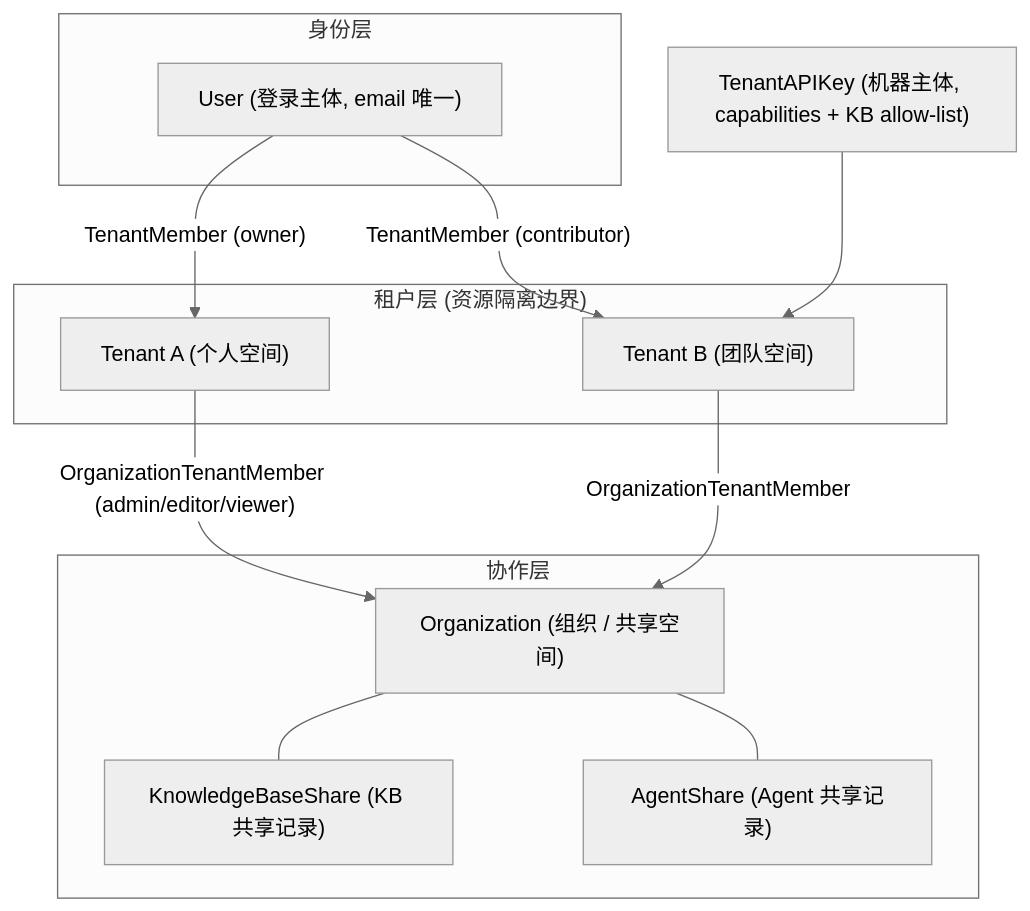
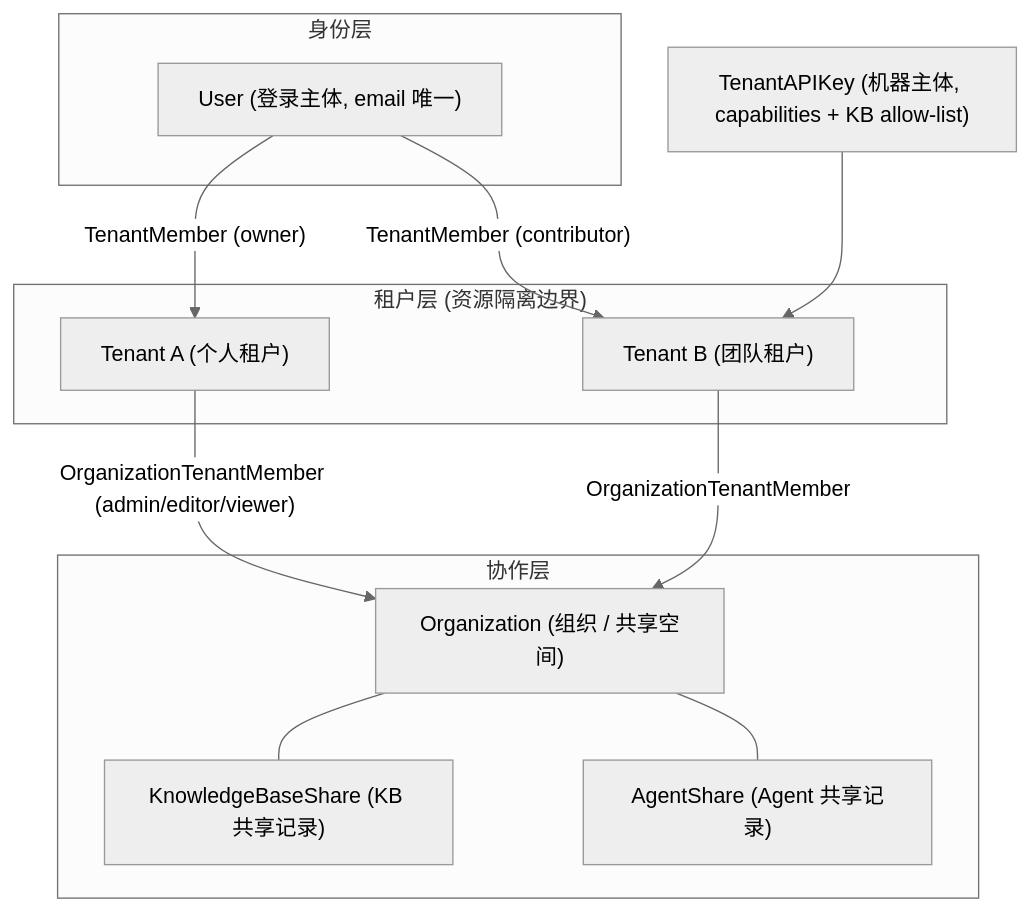
One commit to qinlei131479/WeKnora changed the first of 2 diagrams in apps/docs/03-features/01-tenant-auth.md. Above: the diagram before and after it, drawn with Mermaid (neutral theme). The commit also changed other lines of this file and 58 other files, not shown here.

````diff
--- a/apps/docs/03-features/01-tenant-auth.md
+++ b/apps/docs/03-features/01-tenant-auth.md
@@ -40,22 +40,22 @@
 ```mermaid
 graph TB
     subgraph identity["身份层"]
         U["User (登录主体, email 唯一)"]
     end
     subgraph tenants["租户层 (资源隔离边界)"]
-        T1["Tenant A (个人空间)"]
-        T2["Tenant B (团队空间)"]
+        T1["Tenant A (个人租户)"]
+        T2["Tenant B (团队租户)"]
     end
     subgraph org["协作层"]
         O["Organization (组织 / 共享空间)"]
         KBS["KnowledgeBaseShare (KB 共享记录)"]
         AGS["AgentShare (Agent 共享记录)"]
     end
     U -- "TenantMember (owner)" --> T1
     U -- "TenantMember (contributor)" --> T2
     T1 -- "OrganizationTenantMember (admin/editor/viewer)" --> O
     T2 -- "OrganizationTenantMember" --> O
     O --- KBS
     O --- AGS
     K["TenantAPIKey (机器主体, capabilities + KB allow-list)"] --> T2
 ```
````
